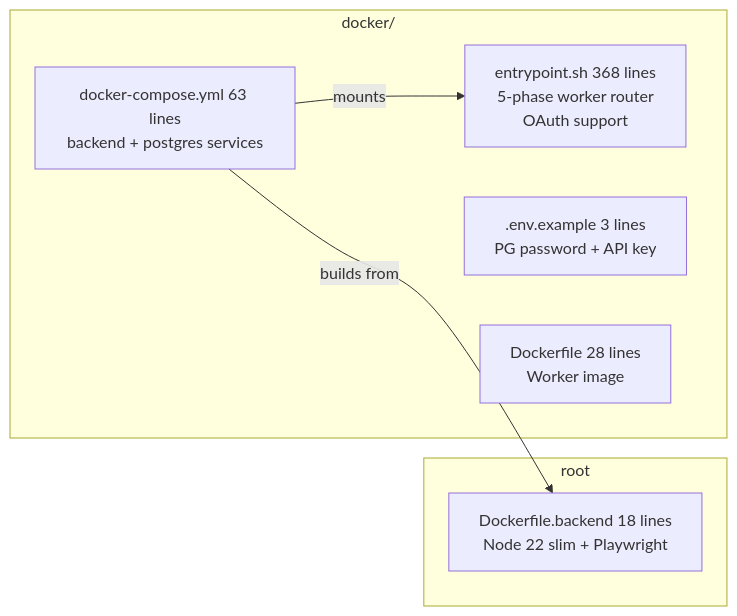
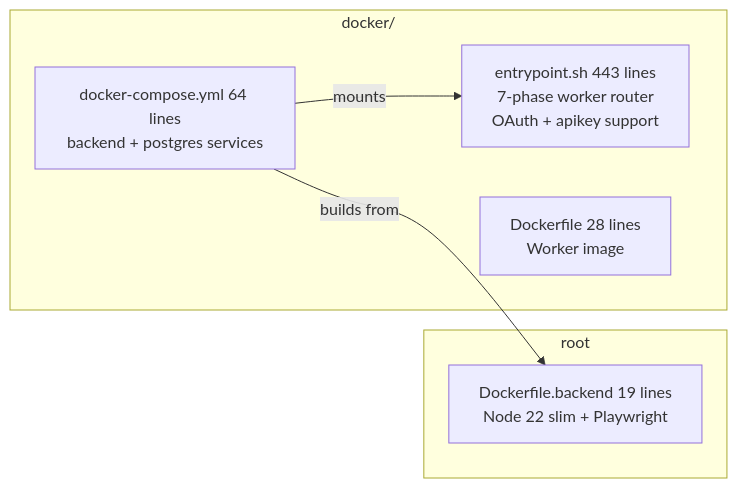
Before and after one commit to J-Gierend/gamePocGen: the seventh of 10 diagrams in AI/document/01-file-map.md, drawn with Mermaid. The commit also changed other lines of this file and 5 other files, not shown here.

````diff
--- a/AI/document/01-file-map.md
+++ b/AI/document/01-file-map.md
@@ -126,16 +155,15 @@
 ```mermaid
 graph LR
     subgraph "docker/"
-        DC["docker-compose.yml 63 lines\nbackend + postgres services"]
-        ENT["entrypoint.sh 368 lines\n5-phase worker router\nOAuth support"]
-        ENV[".env.example 3 lines\nPG password + API key"]
+        DC["docker-compose.yml 64 lines\nbackend + postgres services"]
+        ENT["entrypoint.sh 443 lines\n7-phase worker router\nOAuth + apikey support"]
         DW["Dockerfile 28 lines\nWorker image"]
     end
 
     subgraph "root"
-        DBK["Dockerfile.backend 18 lines\nNode 22 slim + Playwright"]
+        DBK["Dockerfile.backend 19 lines\nNode 22 slim + Playwright"]
     end
 
     DC -->|"builds from"| DBK
     DC -->|"mounts"| ENT
 ```
````
